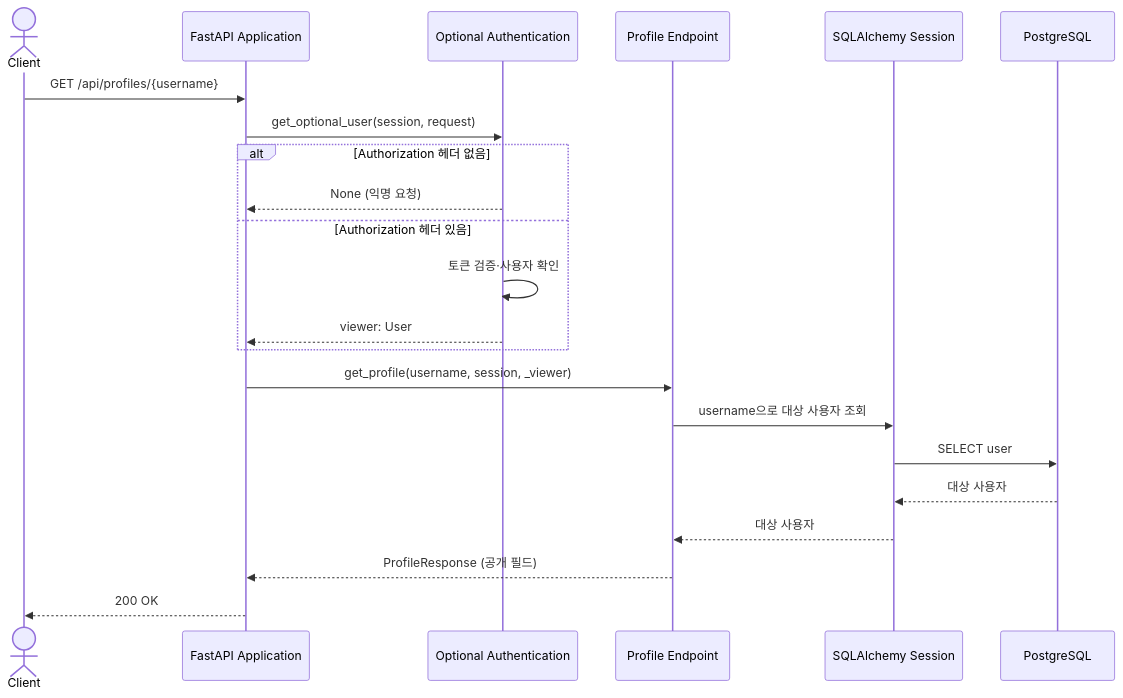
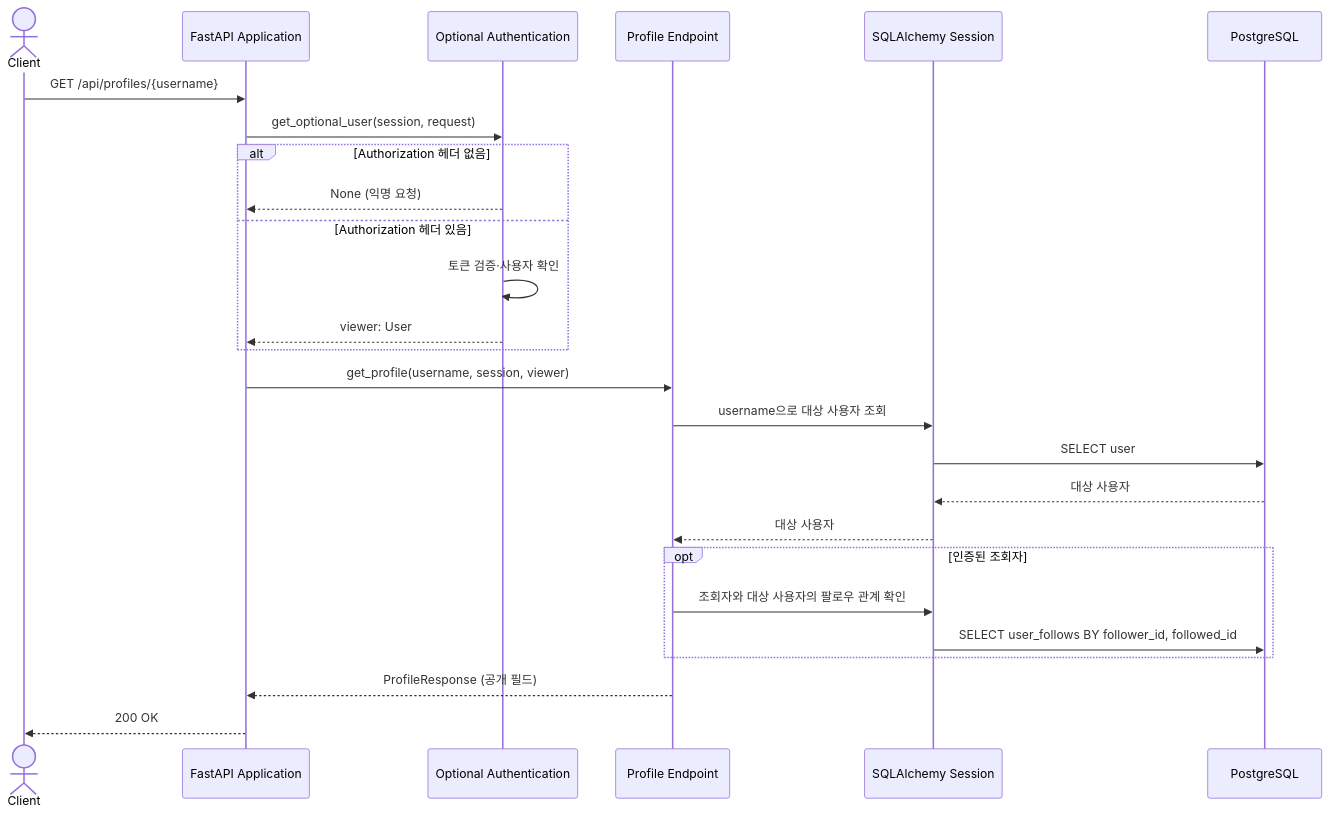
Before and after one commit to chahoseong/realworld-fastapi-backend: the diagram in docs/architecture/flows/public-profile.md, drawn with Mermaid. The commit also changed other lines of this file and 19 other files, not shown here.

First line of the commit message:
feat: Implement user follow functionality and update related flows

````diff
--- a/docs/architecture/flows/public-profile.md
+++ b/docs/architecture/flows/public-profile.md
@@ -21,25 +22,29 @@
 ```mermaid
 sequenceDiagram
     actor Client
     participant App as FastAPI Application
     participant Auth as Optional Authentication
     participant Endpoint as Profile Endpoint
     participant Session as SQLAlchemy Session
     participant Database as PostgreSQL
 
     Client->>App: GET /api/profiles/{username}
     App->>Auth: get_optional_user(session, request)
     alt Authorization 헤더 없음
         Auth-->>App: None (익명 요청)
     else Authorization 헤더 있음
         Auth->>Auth: 토큰 검증·사용자 확인
         Auth-->>App: viewer: User
     end
-    App->>Endpoint: get_profile(username, session, _viewer)
+    App->>Endpoint: get_profile(username, session, viewer)
     Endpoint->>Session: username으로 대상 사용자 조회
     Session->>Database: SELECT user
     Database-->>Session: 대상 사용자
     Session-->>Endpoint: 대상 사용자
+    opt 인증된 조회자
+        Endpoint->>Session: 조회자와 대상 사용자의 팔로우 관계 확인
+        Session->>Database: SELECT user_follows BY follower_id, followed_id
+    end
     Endpoint-->>App: ProfileResponse (공개 필드)
     App-->>Client: 200 OK
 ```
````
